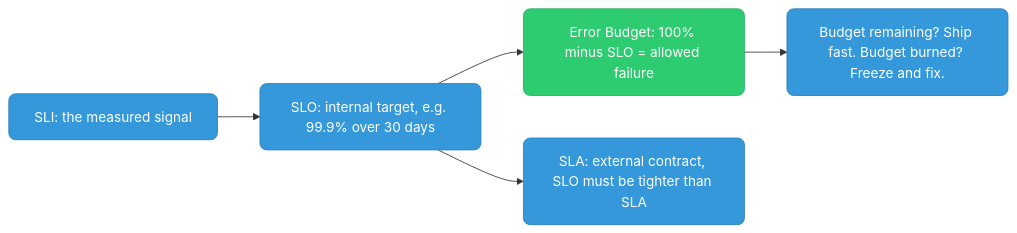
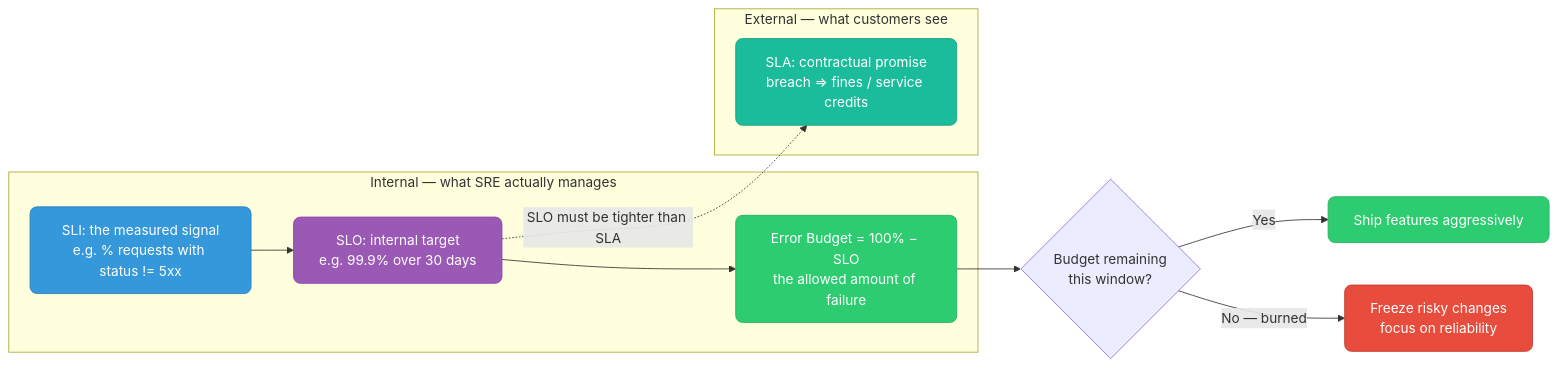
Before and after one commit to deepanshu-rawat6/DevOpsIndex: the second of 5 diagrams in sre/sre-concepts.md, drawn with Mermaid. The commit also changed other lines of this file and 10 other files, not shown here.

````diff
--- a/sre/sre-concepts.md
+++ b/sre/sre-concepts.md
@@ -216,17 +230,24 @@
 ```mermaid
 graph LR
-    classDef blue fill:#3498db,stroke:#2980b9,color:#fff,rx:8
-    classDef green fill:#2ecc71,stroke:#27ae60,color:#fff,rx:8
-    classDef red fill:#e74c3c,stroke:#c0392b,color:#fff,rx:8
-    classDef orange fill:#e67e22,stroke:#d35400,color:#fff,rx:8
-    classDef purple fill:#9b59b6,stroke:#8e44ad,color:#fff,rx:8
-    classDef teal fill:#1abc9c,stroke:#16a085,color:#fff,rx:8
-    classDef dark fill:#2c3e50,stroke:#1a252f,color:#fff,rx:8
-    classDef yellow fill:#f39c12,stroke:#d68910,color:#000,rx:8
-    classDef k8s fill:#326ce5,stroke:#254ea8,color:#fff,rx:8
-    classDef aws fill:#ff9900,stroke:#cc7a00,color:#000,rx:8
-    SLI["SLI: the measured signal"]:::blue --> SLO["SLO: internal target, e.g. 99.9% over 30 days"]:::blue
-    SLO --> EB["Error Budget: 100% minus SLO = allowed failure"]:::green
-    SLO --> SLA["SLA: external contract, SLO must be tighter than SLA"]:::blue
-    EB --> BEHAVIOR["Budget remaining? Ship fast. Budget burned? Freeze and fix."]:::blue
+    classDef measure fill:#3498db,stroke:#2980b9,color:#fff,rx:8
+    classDef target fill:#9b59b6,stroke:#8e44ad,color:#fff,rx:8
+    classDef budget fill:#2ecc71,stroke:#27ae60,color:#fff,rx:8
+    classDef contract fill:#1abc9c,stroke:#16a085,color:#fff,rx:8
+    classDef ok fill:#2ecc71,stroke:#27ae60,color:#fff,rx:8
+    classDef bad fill:#e74c3c,stroke:#c0392b,color:#fff,rx:8
+
+    subgraph INTERNAL["Internal — what SRE actually manages"]
+        SLI["SLI: the measured signal<br/>e.g. % requests with status != 5xx"]:::measure --> SLO["SLO: internal target<br/>e.g. 99.9% over 30 days"]:::target
+        SLO --> EB["Error Budget = 100% − SLO<br/>the allowed amount of failure"]:::budget
+    end
+
+    subgraph EXTERNAL["External — what customers see"]
+        SLA["SLA: contractual promise<br/>breach ⇒ fines / service credits"]:::contract
+    end
+
+    SLO -.->|"SLO must be tighter than SLA"| SLA
+
+    EB --> CHECK{"Budget remaining<br/>this window?"}
+    CHECK -->|Yes| SHIP["Ship features aggressively"]:::ok
+    CHECK -->|"No — burned"| FREEZE["Freeze risky changes<br/>focus on reliability"]:::bad
 ```
````
